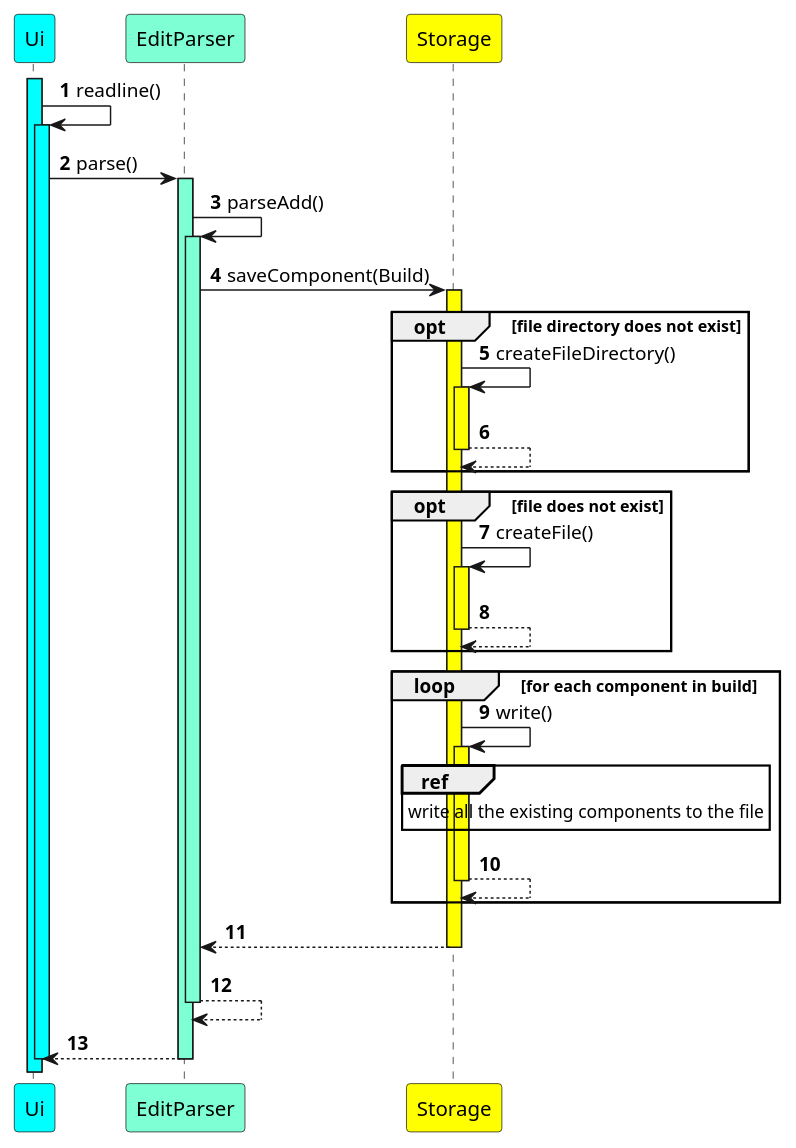
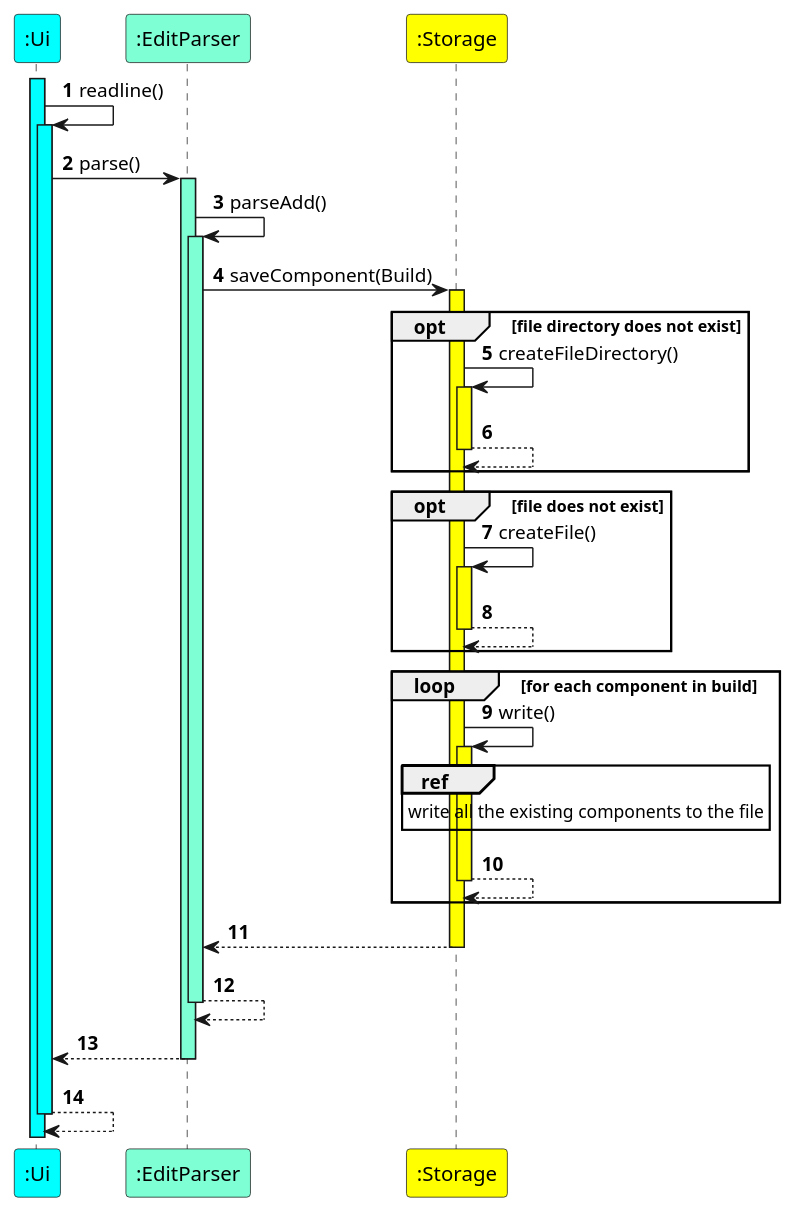
The diagram in docs/puml/StorageSaveComponentSequence.puml (nus-cs2113-AY2223S1/tp), drawn with PlantUML before and after one commit. The commit also changed 22 other files, not shown here.

```diff
--- a/docs/puml/StorageSaveComponentSequence.puml
+++ b/docs/puml/StorageSaveComponentSequence.puml
@@ -1,44 +1,44 @@
 @startuml
 'https://plantuml.com/sequence-diagram
 
 autonumber
 
-Participant "Ui" as Ui #Aqua
-Participant "EditParser" as EditParser #AquaMarine
-Participant "Storage" as Storage #Yellow
+Participant ":Ui" as Ui #Aqua
+Participant ":EditParser" as EditParser #AquaMarine
+Participant ":Storage" as Storage #Yellow
 
 
 activate Ui #Aqua
 Ui -> Ui: readline()
 activate Ui #Aqua
 Ui -> EditParser: parse()
 activate EditParser #AquaMarine
 EditParser -> EditParser : parseAdd()
 activate EditParser #AquaMarine
 EditParser -> Storage: saveComponent(Build)
 activate Storage #Yellow
 opt file directory does not exist
         Storage -> Storage: createFileDirectory()
         activate Storage #Yellow
         return
 end
 opt file does not exist
         Storage -> Storage: createFile()
         activate Storage #Yellow
         return
 end
 loop for each component in build
     Storage -> Storage: write()
     activate Storage #Yellow
     ref over Storage
         write all the existing components to the file
     end
     return
 end
 return
 return
 return
 
-deactivate Ui
+return
 
 @enduml
```
